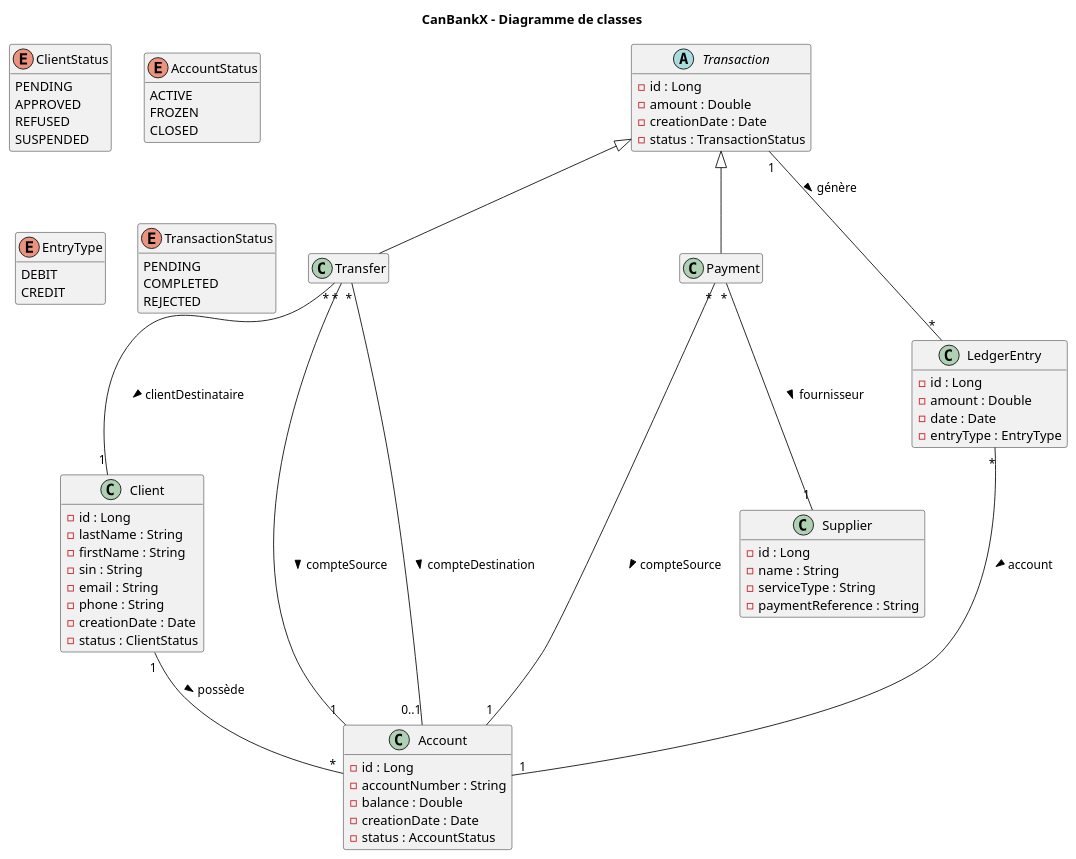
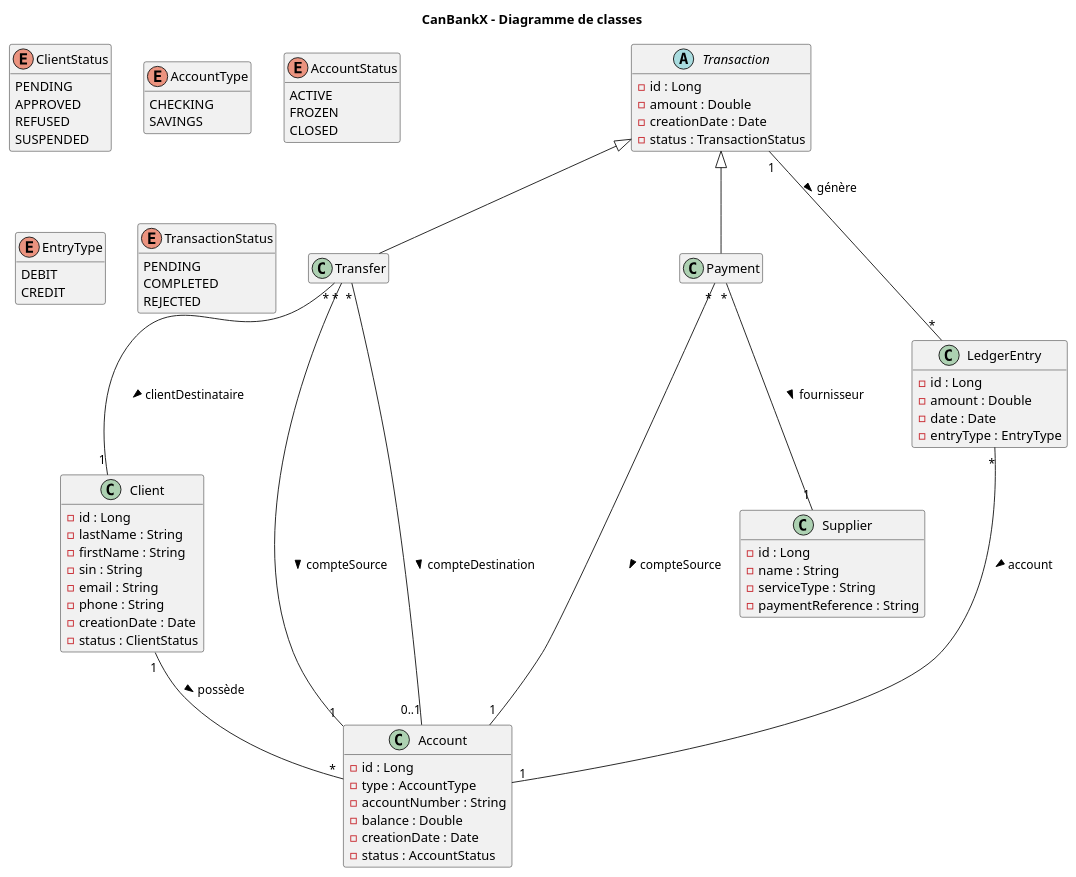
One commit to Aspirot/CanBankX changed the diagram in docs/diagrams/classes.puml. Above: the diagram before and after it, drawn with PlantUML. The commit also changed 51 other files, not shown here.

```diff
--- a/docs/diagrams/classes.puml
+++ b/docs/diagrams/classes.puml
@@ -1,91 +1,97 @@
 @startuml Classes
 title CanBankX - Diagramme de classes
 
 hide empty members
 
 enum ClientStatus {
     PENDING
     APPROVED
     REFUSED
     SUSPENDED
+}
+
+enum AccountType {
+    CHECKING
+    SAVINGS
 }
 
 enum AccountStatus {
     ACTIVE
     FROZEN
     CLOSED
 }
 
 enum EntryType {
     DEBIT
     CREDIT
 }
 
 enum TransactionStatus {
     PENDING
     COMPLETED
     REJECTED
 }
 
 class Client {
     - id : Long
     - lastName : String
     - firstName : String
     - sin : String
     - email : String
     - phone : String
     - creationDate : Date
     - status : ClientStatus
 }
 
 class Account {
     - id : Long
+    - type : AccountType
     - accountNumber : String
     - balance : Double
     - creationDate : Date
     - status : AccountStatus
 }
 
 abstract class Transaction {
     - id : Long
     - amount : Double
     - creationDate : Date
     - status : TransactionStatus
 }
 
 class Transfer {
 }
 
 class Payment {
 }
 
 class Supplier {
     - id : Long
     - name : String
     - serviceType : String
     - paymentReference : String
 }
 
 class LedgerEntry {
     - id : Long
     - amount : Double
     - date : Date
     - entryType : EntryType
 }
 
 Transaction <|-- Transfer
 Transaction <|-- Payment
 
 Client "1" -- "*" Account : possède >
 
 Transfer "*" -- "1" Account : compteSource >
 Transfer "*" -- "1" Client : clientDestinataire >
 Transfer "*" -- "0..1" Account : compteDestination >
 
 Payment "*" -- "1" Account : compteSource >
 Payment "*" -- "1" Supplier : fournisseur >
 
 Transaction "1" -- "*" LedgerEntry : génère >
 LedgerEntry "*" -- "1" Account : account >
 
 @enduml
```
